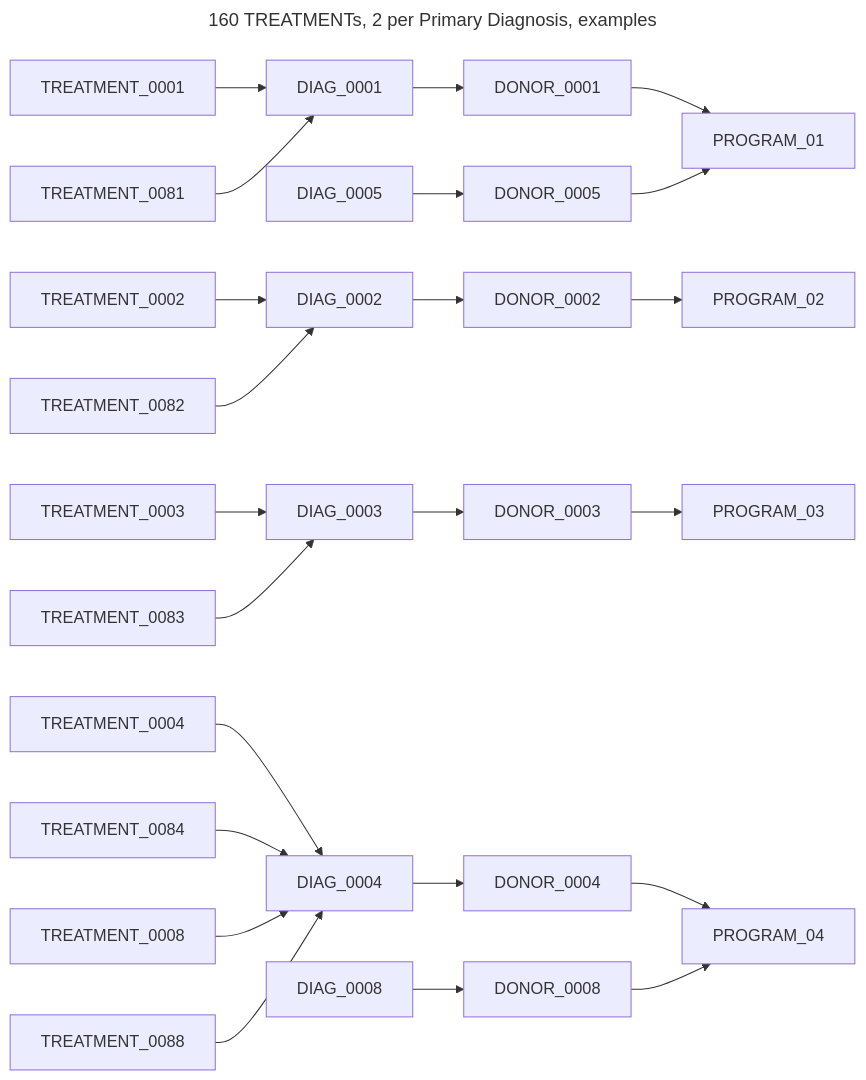
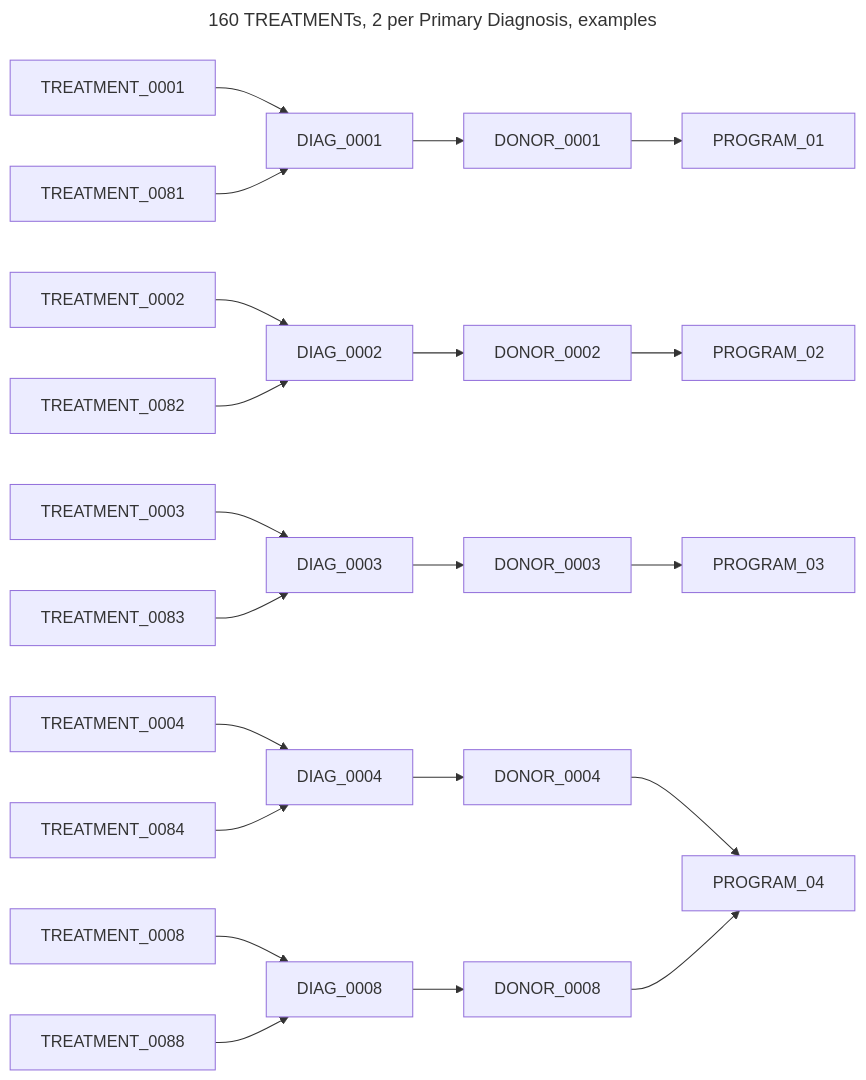
Before and after one commit to CanDIG/katsu: the fifth of 12 diagrams in chord_metadata_service/mohpackets/data/small_dataset/README.md, drawn with Mermaid. The commit also changed other lines of this file, not shown here.

Commit message:
update graphs

````diff
--- a/chord_metadata_service/mohpackets/data/small_dataset/README.md
+++ b/chord_metadata_service/mohpackets/data/small_dataset/README.md
@@ -105,22 +105,21 @@
 ```mermaid
 ---
 title: 160 TREATMENTs, 2 per Primary Diagnosis, examples
 ---
 graph LR;  
-  DIAG_0001 --> DONOR_0001 --> PROGRAM_01;  
-  DIAG_0005 --> DONOR_0005 --> PROGRAM_01;  
+  DIAG_0001 --> DONOR_0001 --> PROGRAM_01;   
   DIAG_0002 --> DONOR_0002 --> PROGRAM_02;  
   DIAG_0003 --> DONOR_0003 --> PROGRAM_03;  
   DIAG_0004 --> DONOR_0004 --> PROGRAM_04;
   DIAG_0008 --> DONOR_0008 --> PROGRAM_04;
   TREATMENT_0001 --> DIAG_0001;
   TREATMENT_0081 --> DIAG_0001;  
   TREATMENT_0002 --> DIAG_0002; 
   TREATMENT_0082 --> DIAG_0002;  
   TREATMENT_0003 --> DIAG_0003; 
   TREATMENT_0083 --> DIAG_0003; 
   TREATMENT_0004 --> DIAG_0004; 
   TREATMENT_0084 --> DIAG_0004; 
-  TREATMENT_0008 --> DIAG_0004; 
-  TREATMENT_0088 --> DIAG_0004; 
+  TREATMENT_0008 --> DIAG_0008; 
+  TREATMENT_0088 --> DIAG_0008; 
 ```
````
